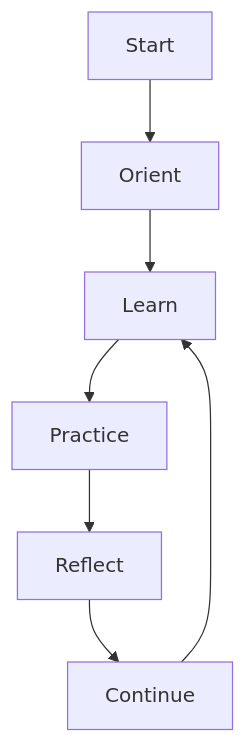
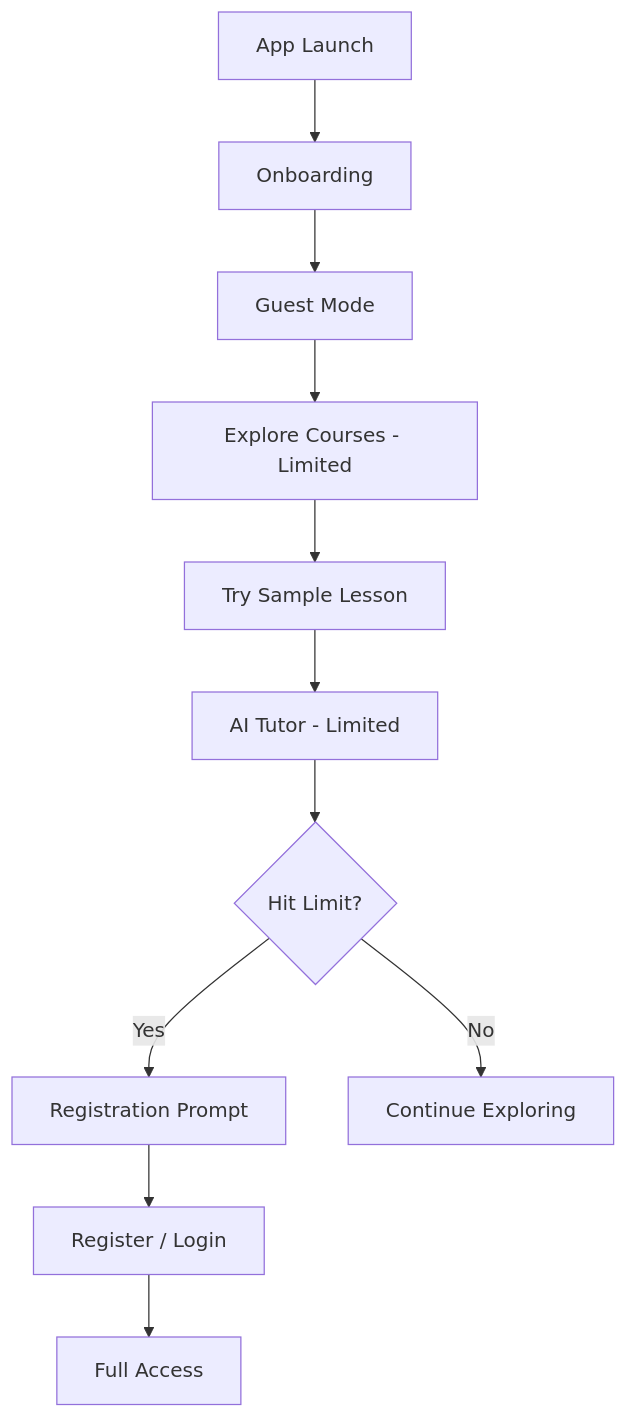
The fourth of 11 diagrams in docs/design/Design.md (Rezaprtma/MentorinAja), drawn with Mermaid before and after one commit. The commit also changed other lines of this file and 166 other files, not shown here.

Commit message:
feat(frontend): implement splash, onboarding, and authentication flow

````diff
--- a/docs/design/Design.md
+++ b/docs/design/Design.md
@@ -722,9 +291,13 @@
 ```mermaid
 flowchart TD
-    A[Start] --> B[Orient]
-    B --> C[Learn]
-    C --> D[Practice]
-    D --> E[Reflect]
-    E --> F[Continue]
-    F --> C
+    A[App Launch] --> B[Onboarding]
+    B --> C[Guest Mode]
+    C --> D[Explore Courses - Limited]
+    D --> E[Try Sample Lesson]
+    E --> F[AI Tutor - Limited]
+    F --> G{Hit Limit?}
+    G -->|Yes| H[Registration Prompt]
+    H --> I[Register / Login]
+    I --> J[Full Access]
+    G -->|No| K[Continue Exploring]
 ```
````
